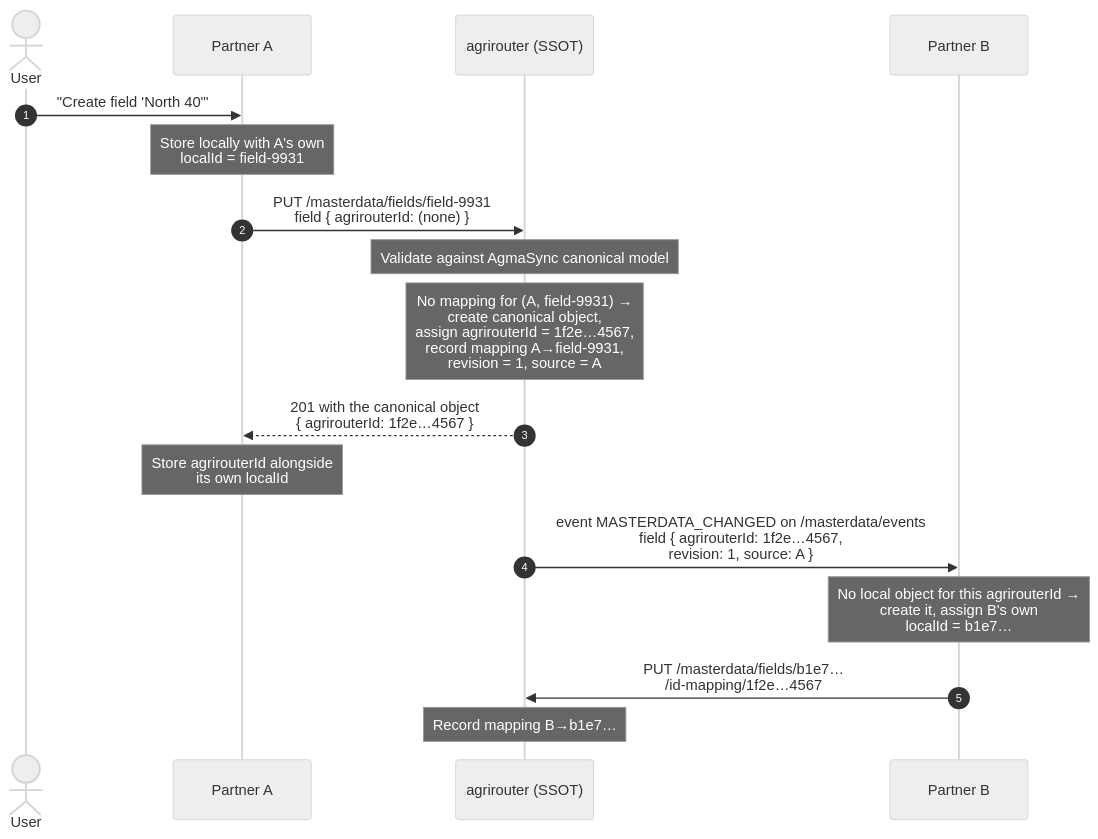
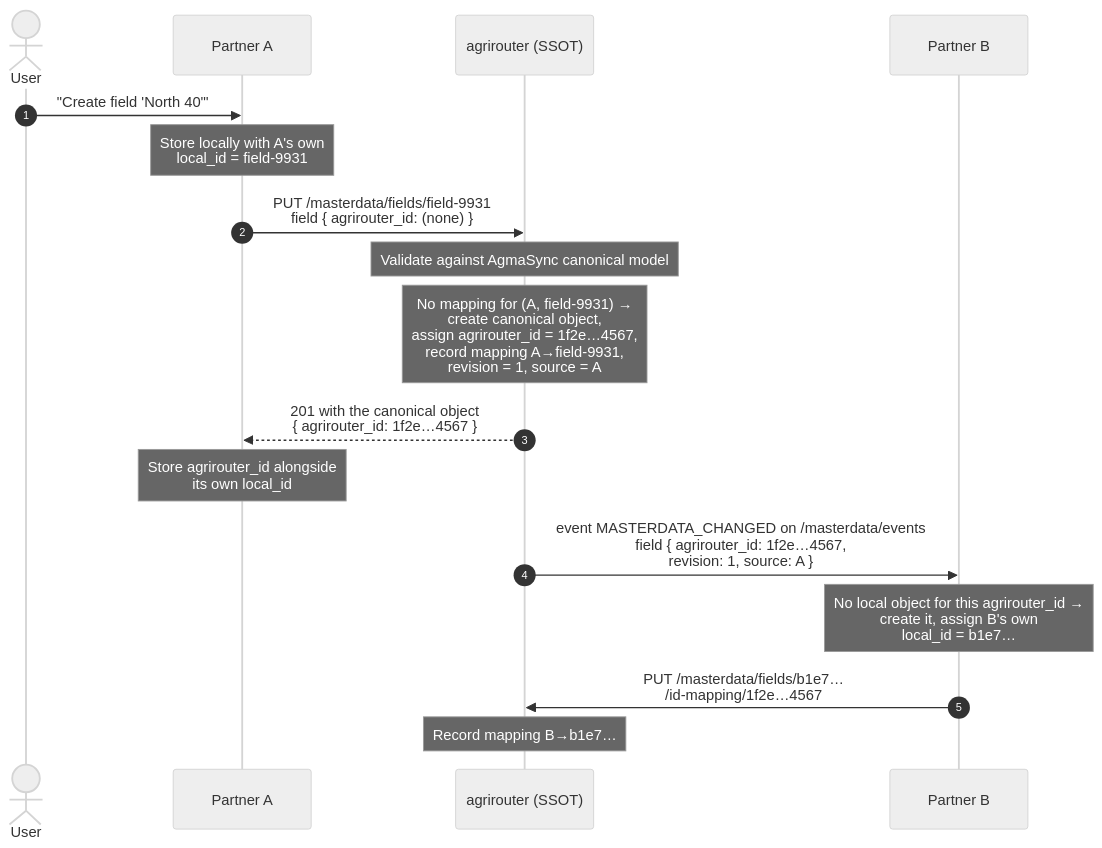
The second of 3 diagrams in architecture/01-reference-architecture.md (DKE-Data/masterdata-sync-working-group), drawn with Mermaid (neutral theme) before and after one commit. The commit also changed other lines of this file and 7 other files, not shown here.

````diff
--- a/architecture/01-reference-architecture.md
+++ b/architecture/01-reference-architecture.md
@@ -147,23 +147,23 @@
 ```mermaid
 sequenceDiagram
     autonumber
     actor U as User
     participant A as Partner A
     participant AR as agrirouter (SSOT)
     participant B as Partner B
 
     U->>A: "Create field 'North 40'"
-    Note over A: Store locally with A's own<br/>localId = field-9931
-    A->>AR: PUT /masterdata/fields/field-9931<br/>field { agrirouterId: (none) }
+    Note over A: Store locally with A's own<br/>local_id = field-9931
+    A->>AR: PUT /masterdata/fields/field-9931<br/>field { agrirouter_id: (none) }
 
     Note over AR: Validate against AgmaSync canonical model
-    Note over AR: No mapping for (A, field-9931) →<br/>create canonical object,<br/>assign agrirouterId = 1f2e…4567,<br/>record mapping A→field-9931,<br/>revision = 1, source = A
+    Note over AR: No mapping for (A, field-9931) →<br/>create canonical object,<br/>assign agrirouter_id = 1f2e…4567,<br/>record mapping A→field-9931,<br/>revision = 1, source = A
 
-    AR-->>A: 201 with the canonical object<br/>{ agrirouterId: 1f2e…4567 }
-    Note over A: Store agrirouterId alongside<br/>its own localId
+    AR-->>A: 201 with the canonical object<br/>{ agrirouter_id: 1f2e…4567 }
+    Note over A: Store agrirouter_id alongside<br/>its own local_id
 
-    AR->>B: event MASTERDATA_CHANGED on /masterdata/events<br/>field { agrirouterId: 1f2e…4567,<br/>revision: 1, source: A }
-    Note over B: No local object for this agrirouterId →<br/>create it, assign B's own<br/>localId = b1e7…
+    AR->>B: event MASTERDATA_CHANGED on /masterdata/events<br/>field { agrirouter_id: 1f2e…4567,<br/>revision: 1, source: A }
+    Note over B: No local object for this agrirouter_id →<br/>create it, assign B's own<br/>local_id = b1e7…
     B->>AR: PUT /masterdata/fields/b1e7…<br/>/id-mapping/1f2e…4567
     Note over AR: Record mapping B→b1e7…
 ```
````
